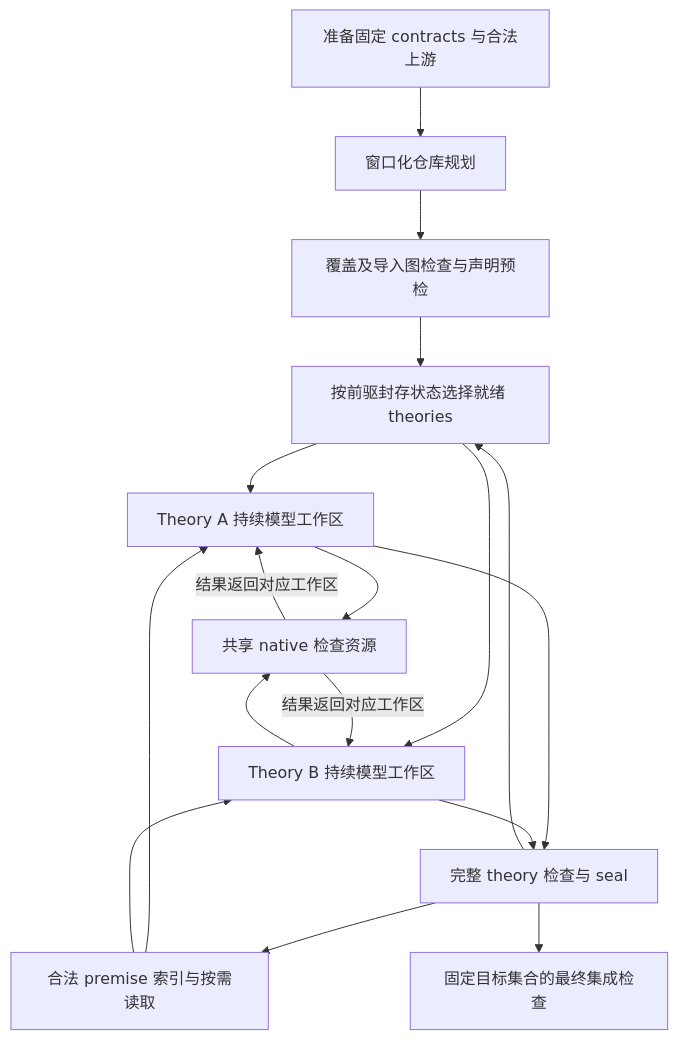
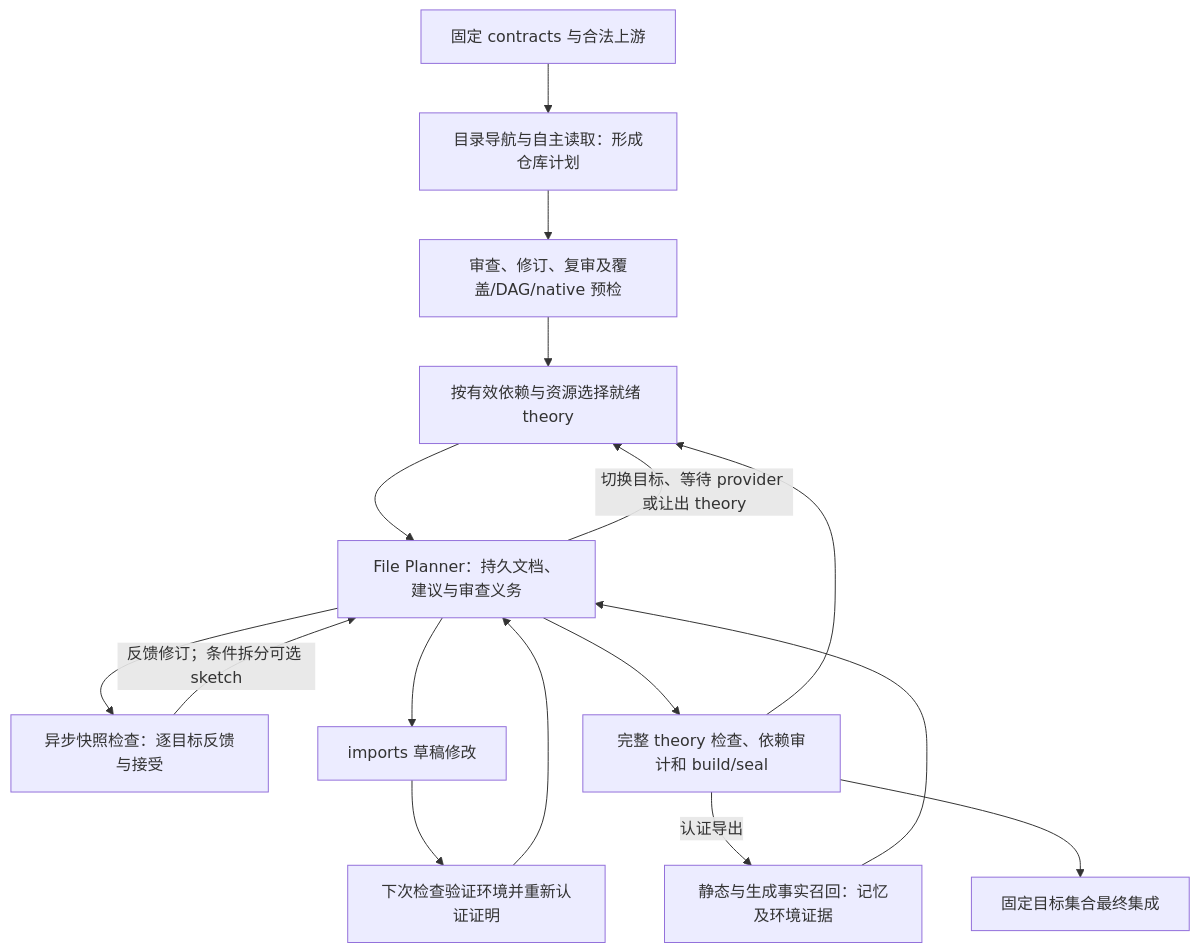
One commit to Lijunzhang0829/sel4-dev changed the diagram in ASTRA-LONG-HORIZON-PROOF-ANALYSIS.md. Above: the diagram before and after it, drawn with Mermaid. The commit also changed other lines of this file, not shown here.

````diff
--- a/ASTRA-LONG-HORIZON-PROOF-ANALYSIS.md
+++ b/ASTRA-LONG-HORIZON-PROOF-ANALYSIS.md
@@ -70,19 +80,18 @@
 ```mermaid
 flowchart TD
-    I[准备固定 contracts 与合法上游] --> P[窗口化仓库规划]
-    P --> V[覆盖及导入图检查与声明预检]
-    V --> S[按前驱封存状态选择就绪 theories]
-    S --> A[Theory A 持续模型工作区]
-    S --> B[Theory B 持续模型工作区]
-    K[合法 premise 索引与按需读取] --> A
-    K --> B
-    A --> C[共享 native 检查资源]
-    B --> C
-    C -->|结果返回对应工作区| A
-    C -->|结果返回对应工作区| B
-    A --> F[完整 theory 检查与 seal]
-    B --> F
-    F --> K
+    I[固定 contracts 与合法上游] --> P[目录导航与自主读取：形成仓库计划]
+    P --> V[审查、修订、复审及覆盖/DAG/native 预检]
+    V --> S[按有效依赖与资源选择就绪 theory]
+    S --> A[File Planner：持久文档、建议与审查义务]
+    K[静态与生成事实召回：记忆及环境证据] --> A
+    A --> C[异步快照检查：逐目标反馈与接受]
+    C -->|反馈修订；条件拆分可选 sketch| A
+    A -->|切换目标、等待 provider 或让出 theory| S
+    A --> M[imports 草稿修改]
+    M --> N[下次检查验证环境并重新认证证明]
+    N --> A
+    A --> F[完整 theory 检查、依赖审计和 build/seal]
+    F -->|认证导出| K
     F --> S
-    F --> R[固定目标集合的最终集成检查]
+    F --> R[固定目标集合最终集成]
 ```
````
